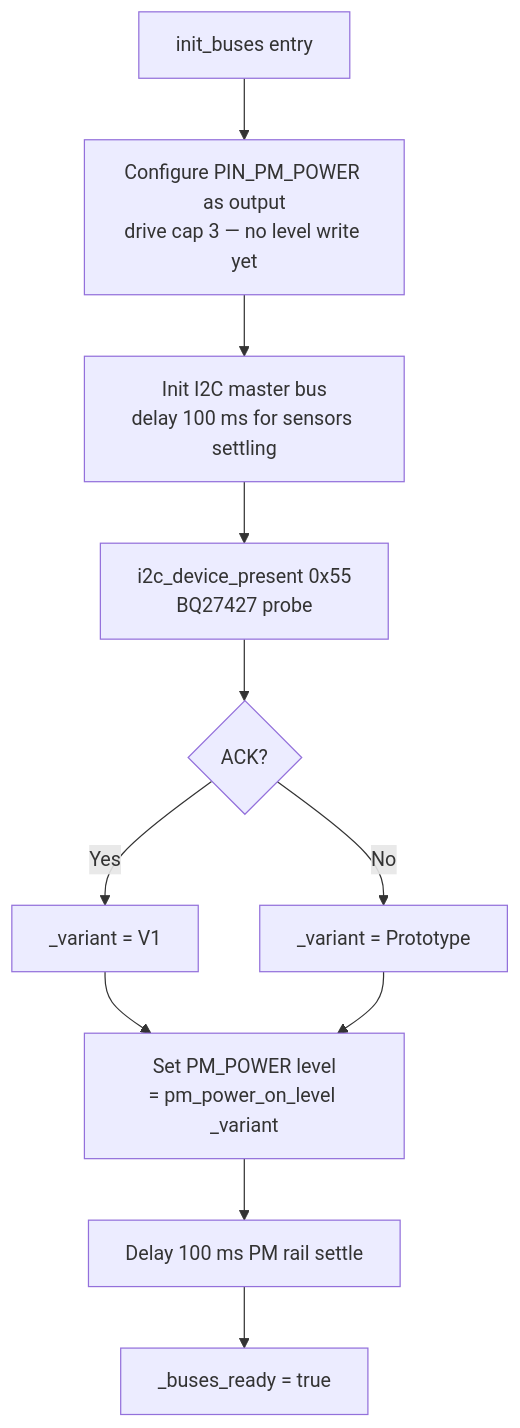
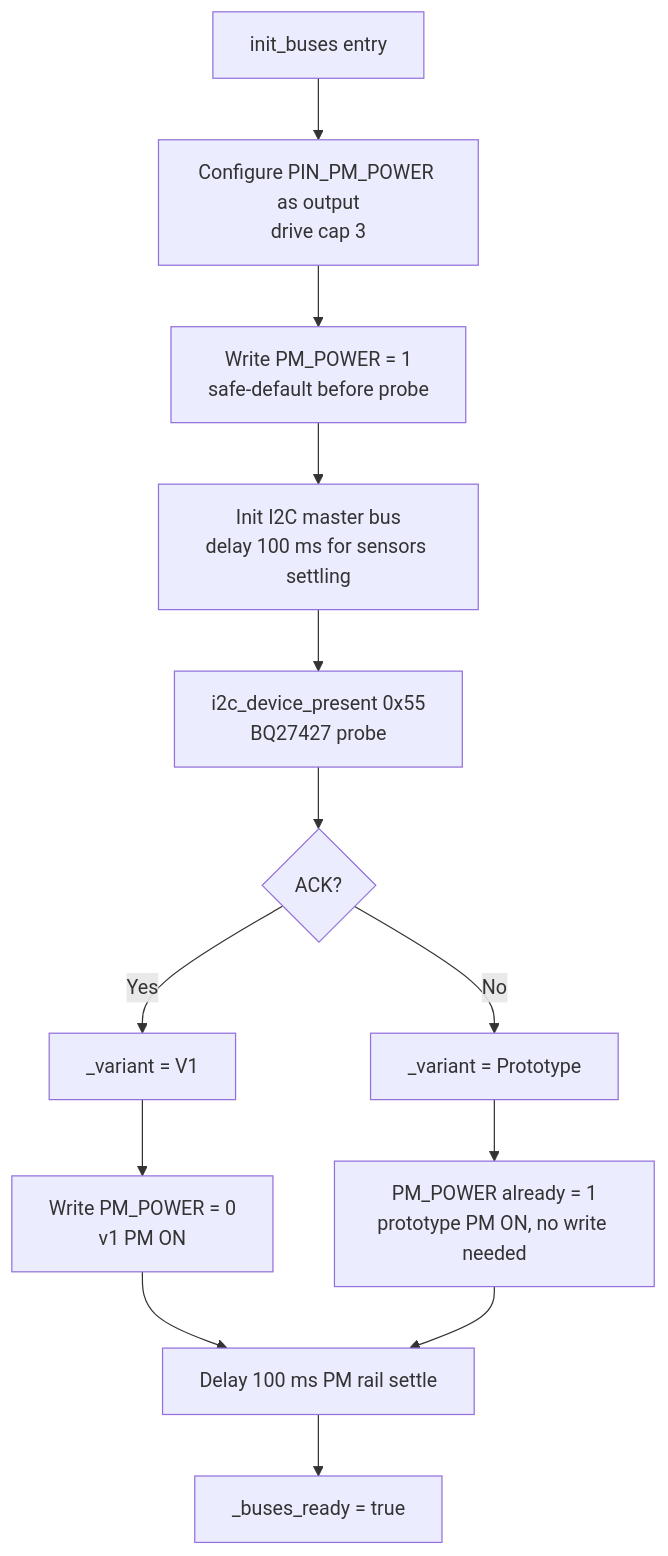
Before and after one commit to mattMRBH/firmware-core: the diagram in products/go/specs/board_v1_pm_polarity.md, drawn with Mermaid. The commit also changed other lines of this file and 2 other files, not shown here.

````diff
--- a/products/go/specs/board_v1_pm_polarity.md
+++ b/products/go/specs/board_v1_pm_polarity.md
@@ -215,13 +248,15 @@
 ```mermaid
 flowchart TD
-    A[init_buses entry] --> B[Configure PIN_PM_POWER as output<br/>drive cap 3 — no level write yet]
-    B --> C[Init I2C master bus<br/>delay 100 ms for sensors settling]
+    A[init_buses entry] --> B[Configure PIN_PM_POWER as output<br/>drive cap 3]
+    B --> SAFE[Write PM_POWER = 1<br/>safe-default before probe]
+    SAFE --> C[Init I2C master bus<br/>delay 100 ms for sensors settling]
     C --> D[i2c_device_present 0x55<br/>BQ27427 probe]
     D --> E{ACK?}
     E -- Yes --> F[_variant = V1]
     E -- No  --> G[_variant = Prototype]
-    F --> H[Set PM_POWER level<br/>= pm_power_on_level _variant]
-    G --> H
-    H --> I[Delay 100 ms PM rail settle]
+    F --> H1[Write PM_POWER = 0<br/>v1 PM ON]
+    G --> H2[PM_POWER already = 1<br/>prototype PM ON, no write needed]
+    H1 --> I[Delay 100 ms PM rail settle]
+    H2 --> I
     I --> J[_buses_ready = true]
 ```
````
